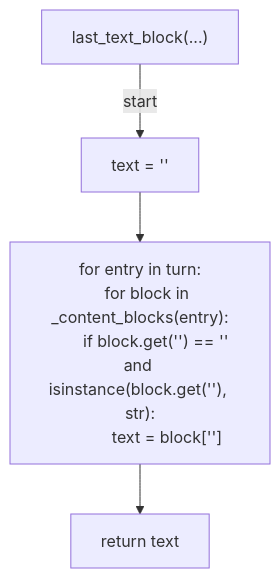
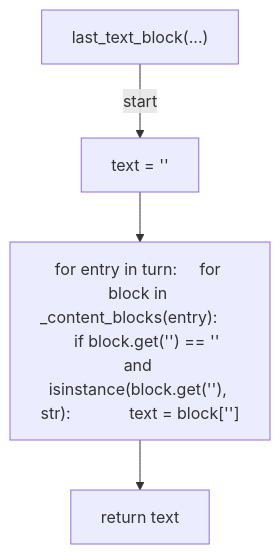
The fifth of 10 diagrams in docs/generated/scripts/ast/gate_decision_handoff_askuserquestion.md (tvna/claude-md), drawn with Mermaid before and after one commit. The commit also changed other lines of this file and 30 other files, not shown here.

First line of the commit message:
docs(generated): regenerate decision tree and workflow diagrams (batch 2/5)

````diff
--- a/docs/generated/scripts/ast/gate_decision_handoff_askuserquestion.md
+++ b/docs/generated/scripts/ast/gate_decision_handoff_askuserquestion.md
@@ -87,13 +82,10 @@
 ```mermaid
 flowchart TD
     N001["last_text_block(...)"]
     N002["text = '<str>'"]
-    N003["for entry in turn:
-    for block in _content_blocks(entry):
-        if block.get('<str>') == '<str>' and isinstance(block.get('<str>'), str):
-            text = block['<str>']"]
+    N003["for entry in turn:     for block in _content_blocks(entry):         if block.get('<str>') == '<str>' and isinstance(block.get('<str>'), str):             text = block['<str>']"]
     N004["return text"]
     N001 -->|"start"| N002
     N002 --> N003
     N003 --> N004
 ```
````
